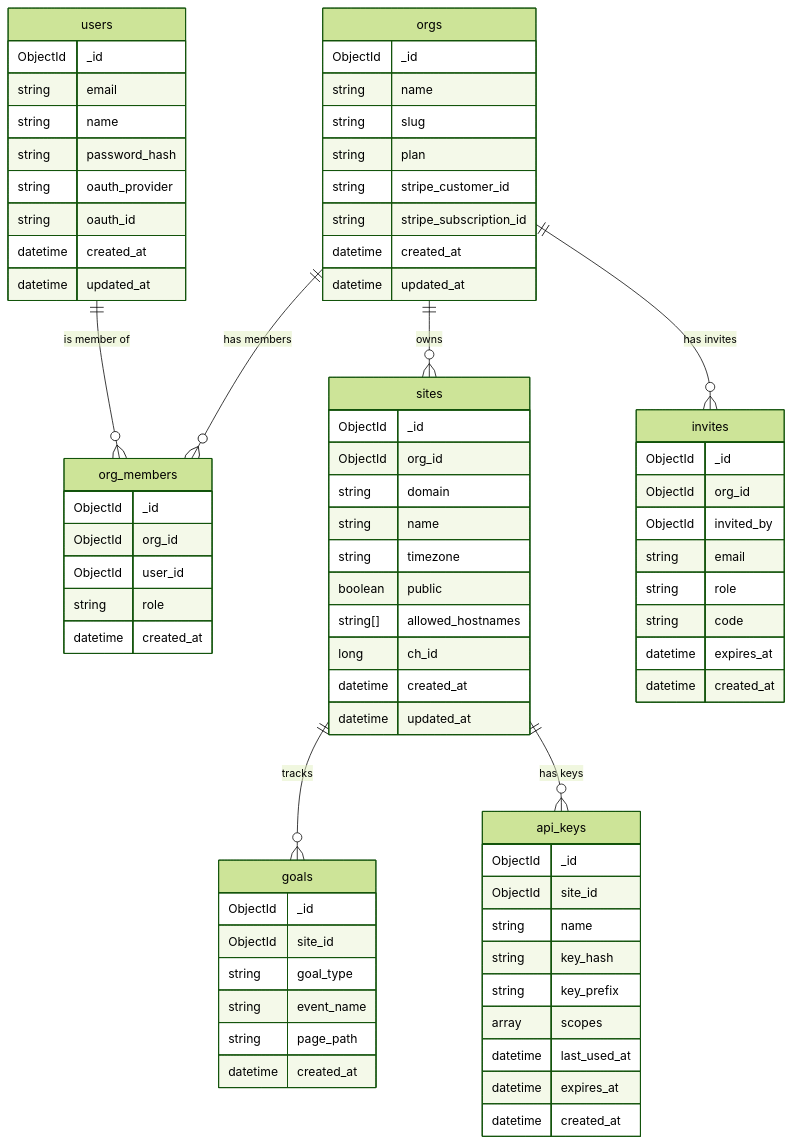
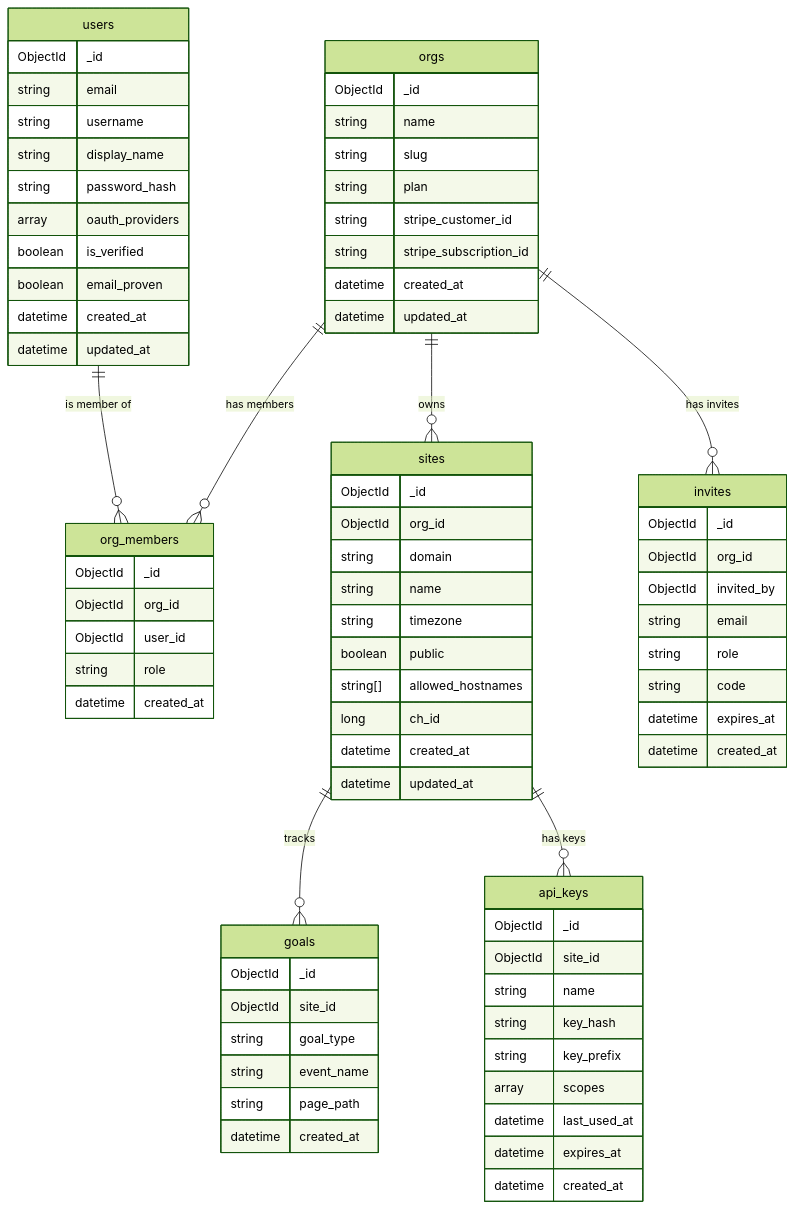
Before and after one commit to gjovanov/purestat: the diagram in docs/data-model.md, drawn with Mermaid (forest theme). The commit also changed other lines of this file and 38 other files, not shown here.

First line of the commit message:
PS6: sign in with Google and GitHub (state + PKCE, verified-email linking, no token in URLs) (#16)

```diff
--- a/docs/data-model.md
+++ b/docs/data-model.md
@@ -23,10 +23,12 @@
     users {
         ObjectId _id
         string email
-        string name
+        string username
+        string display_name
         string password_hash
-        string oauth_provider
-        string oauth_id
+        array oauth_providers
+        boolean is_verified
+        boolean email_proven
         datetime created_at
         datetime updated_at
     }
```
